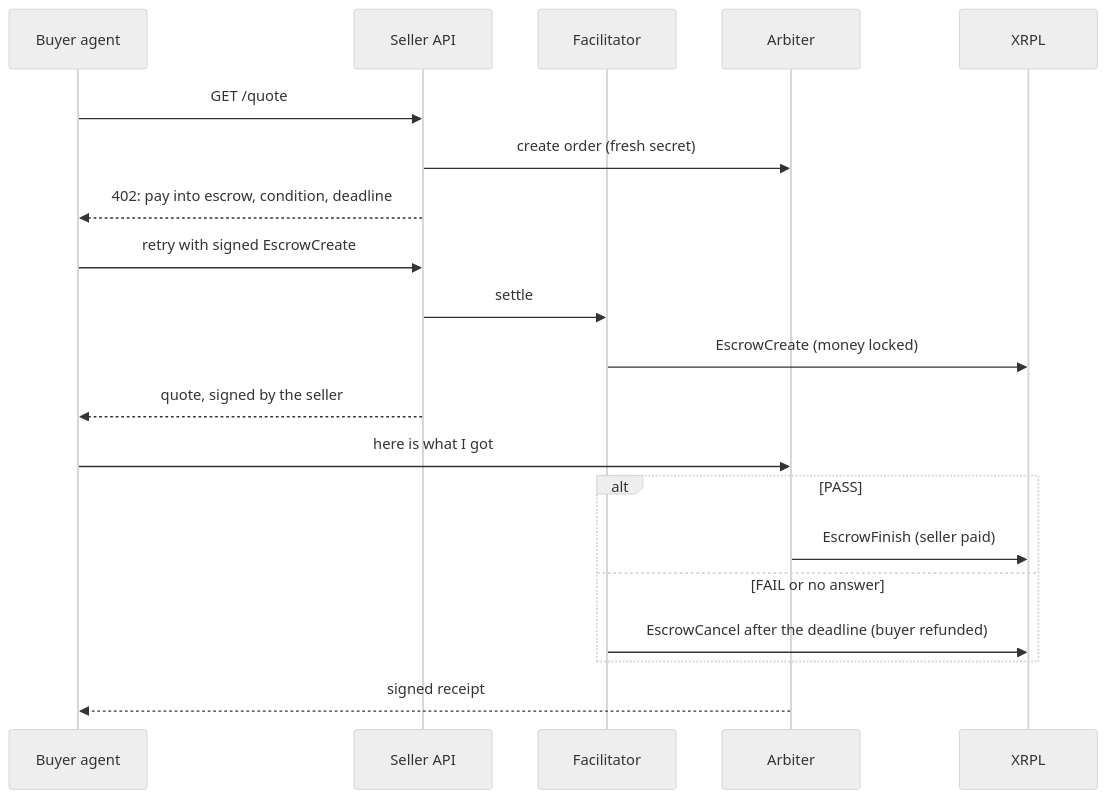
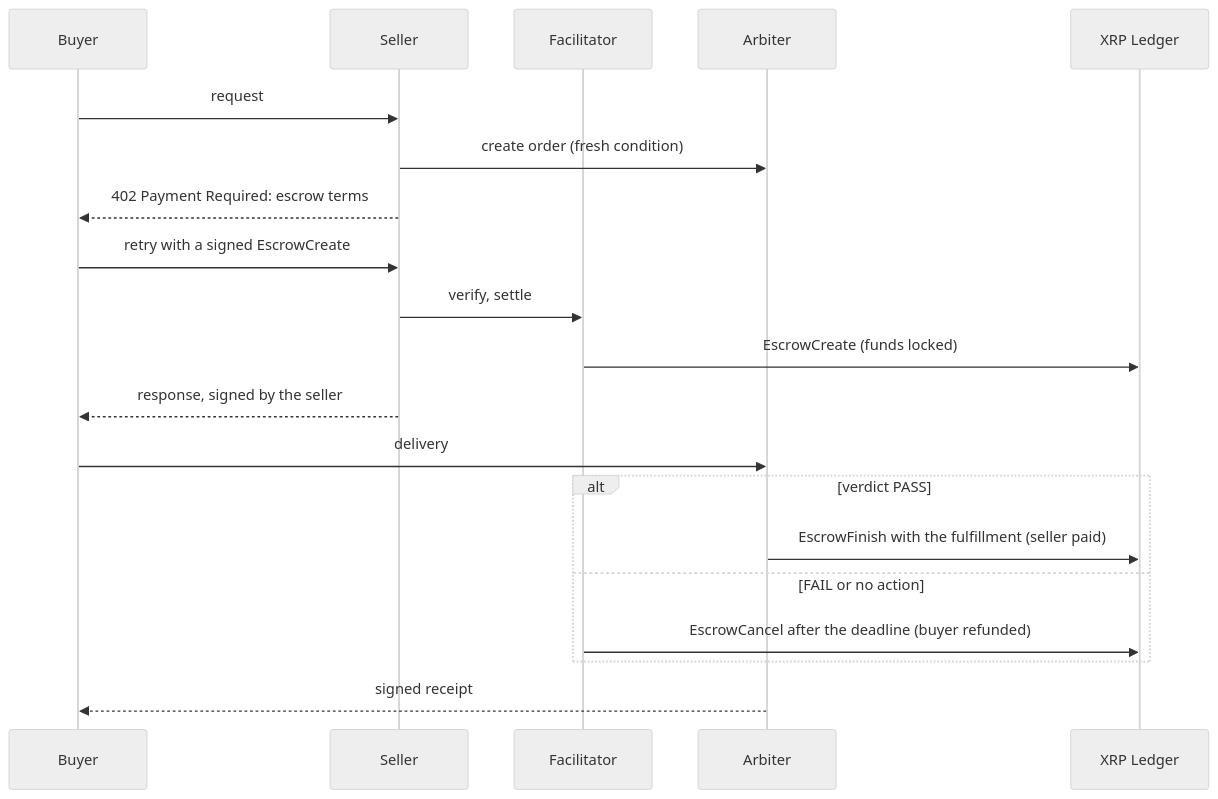
Before and after one commit to Meredithhelipigeon/x402-xrpl-auth-capture: the diagram in README.md, drawn with Mermaid (neutral theme). The commit also changed other lines of this file, not shown here.

````diff
--- a/README.md
+++ b/README.md
@@ -30,22 +32,22 @@
 ```mermaid
 sequenceDiagram
-  participant B as Buyer agent
-  participant S as Seller API
+  participant B as Buyer
+  participant S as Seller
   participant F as Facilitator
   participant A as Arbiter
-  participant L as XRPL
-  B->>S: GET /quote
-  S->>A: create order (fresh secret)
-  S-->>B: 402: pay into escrow, condition, deadline
-  B->>S: retry with signed EscrowCreate
-  S->>F: settle
-  F->>L: EscrowCreate (money locked)
-  S-->>B: quote, signed by the seller
-  B->>A: here is what I got
-  alt PASS
-    A->>L: EscrowFinish (seller paid)
-  else FAIL or no answer
+  participant L as XRP Ledger
+  B->>S: request
+  S->>A: create order (fresh condition)
+  S-->>B: 402 Payment Required: escrow terms
+  B->>S: retry with a signed EscrowCreate
+  S->>F: verify, settle
+  F->>L: EscrowCreate (funds locked)
+  S-->>B: response, signed by the seller
+  B->>A: delivery
+  alt verdict PASS
+    A->>L: EscrowFinish with the fulfillment (seller paid)
+  else FAIL or no action
     F->>L: EscrowCancel after the deadline (buyer refunded)
   end
   A-->>B: signed receipt
 ```
````
